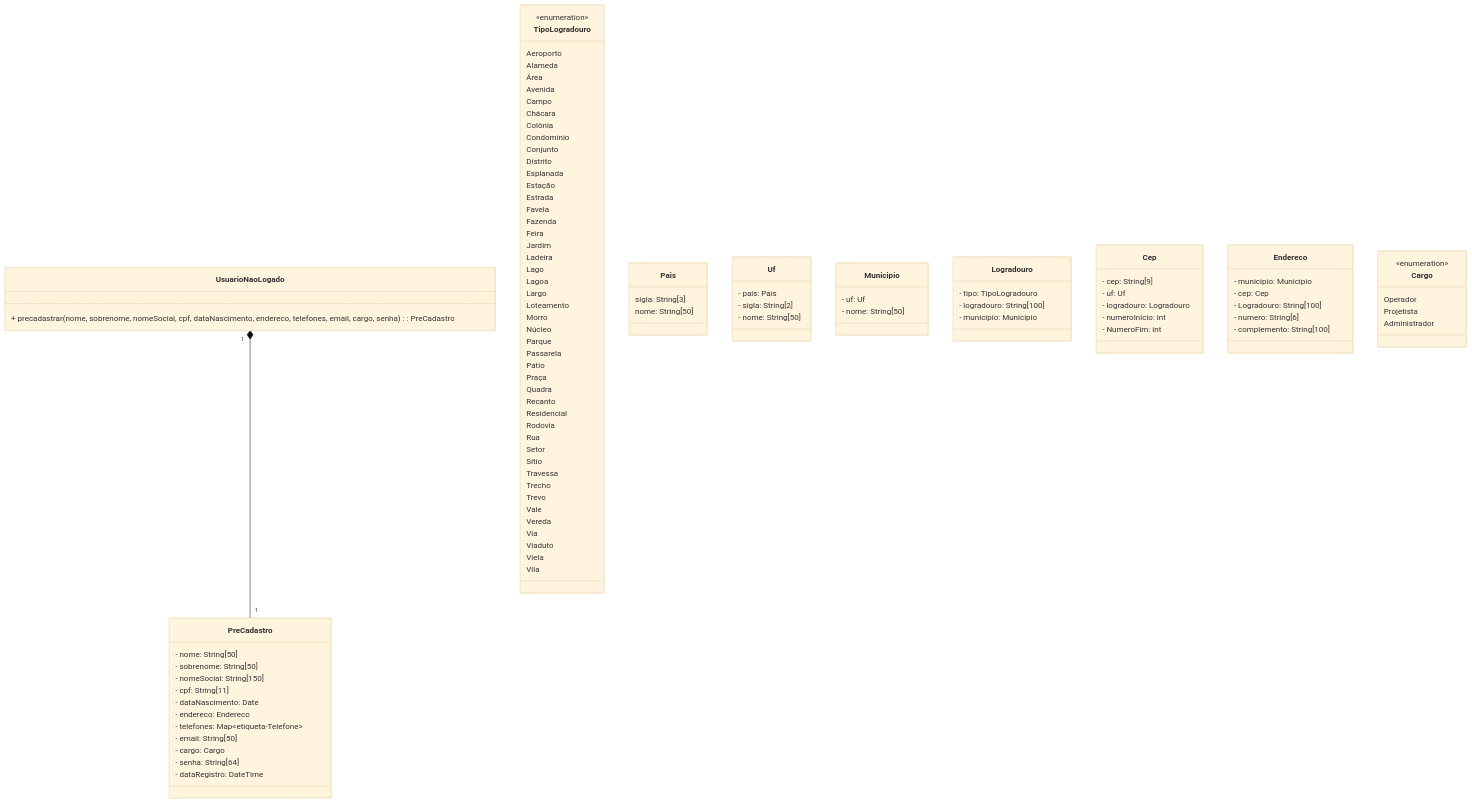
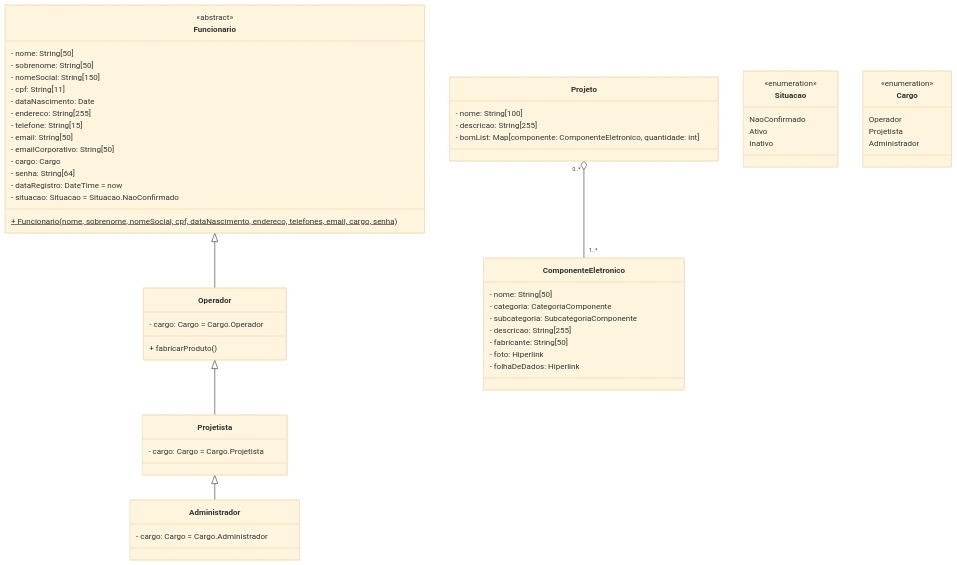
The diagram in diagrama-de-classes/README.md (PabloBF/minha-fabrica), drawn with Mermaid (base theme) before and after one commit.

````diff
--- a/diagrama-de-classes/README.md
+++ b/diagrama-de-classes/README.md
@@ -1,109 +1,47 @@
 ```mermaid
 classDiagram
-    UsuarioNaoLogado "1" *-- "1" PreCadastro
+    Funcionario <|-- Operador
+    Operador <|-- Projetista
+    Projetista <|-- Administrador
+    Projeto "0..*" o-- "1..*" ComponenteEletronico
     
-    class UsuarioNaoLogado {
-    + precadastrar(nome, sobrenome, nomeSocial, cpf, dataNascimento, endereco, telefones, email, cargo, senha): PreCadastro
-    }
-    
-    class PreCadastro {
+    class Funcionario {
+    <<abstract>>
     - nome: String[50]
     - sobrenome: String[50]
     - nomeSocial: String[150]
     - cpf: String[11]
     - dataNascimento: Date
-    - endereco: Endereco
-    - telefones: Map~etiqueta-Telefone~
+    - endereco: String[255]
+    - telefone: String[15]
     - email: String[50]
+    - emailCorporativo: String[50]
     - cargo: Cargo
     - senha: String[64]
-    - dataRegistro: DateTime
+    - dataRegistro: DateTime = now
+    - situacao: Situacao = Situacao.NaoConfirmado
+    + Funcionario(nome, sobrenome, nomeSocial, cpf, dataNascimento, endereco, telefones, email, cargo, senha)$
     }
     
-    class TipoLogradouro {
-    <<enumeration>>
-    Aeroporto
-    Alameda
-    Área
-    Avenida
-    Campo
-    Chácara
-    Colônia
-    Condomínio
-    Conjunto
-    Distrito
-    Esplanada
-    Estação
-    Estrada
-    Favela
-    Fazenda
-    Feira
-    Jardim
-    Ladeira
-    Lago
-    Lagoa
-    Largo
-    Loteamento
-    Morro
-    Núcleo
-    Parque
-    Passarela
-    Pátio
-    Praça
-    Quadra
-    Recanto
-    Residencial
-    Rodovia
-    Rua
-    Setor
-    Sítio
-    Travessa
-    Trecho
-    Trevo
-    Vale
-    Vereda
-    Via
-    Viaduto
-    Viela
-    Vila
+    class Operador {
+    - cargo: Cargo = Cargo.Operador
+    + fabricarProduto()
+    
     }
     
-    class Pais {
-    sigla: String[3]
-    nome: String[50]
+    class Projetista {
+    - cargo: Cargo = Cargo.Projetista
     }
     
-    class Uf {
-    - pais: Pais
-    - sigla: String[2]
-    - nome: String[50]
+    class Administrador {
+    - cargo: Cargo = Cargo.Administrador
     }
-    
-    class Municipio {
-    - uf: Uf
-    - nome: String[50]
-    }
-    
-    class Logradouro {
-    - tipo: TipoLogradouro
-    - logradouro: String[100]
-    - municipio: Municipio
-    }
-    
-    class Cep {
-    - cep: String[9]
-    - uf: Uf
-    - logradouro: Logradouro
-    - numeroInicio: int
-    - NumeroFim: int
-    }
-    
-    class Endereco {
-    - municipio: Municipio
-    - cep: Cep
-    - Logradouro: String[100]
-    - numero: String[6]
-    - complemento: String[100]
+        
+    class Situacao {
+    <<enumeration>>
+    NaoConfirmado
+    Ativo
+    Inativo    
     }
     
     class Cargo {
@@ -112,4 +50,20 @@
       Projetista
       Administrador
     }
+    
+    class ComponenteEletronico {
+    - nome: String[50]
+    - categoria: CategoriaComponente
+    - subcategoria: SubcategoriaComponente
+    - descricao: String[255]
+    - fabricante: String[50]
+    - foto: Hiperlink
+    - folhaDeDados: Hiperlink
+    }
+    
+    class Projeto {
+    - nome: String[100]
+    - descricao: String[255]
+    - bomList: Map[componente: ComponenteEletronico, quantidade: int]
+    }
 ```
````
